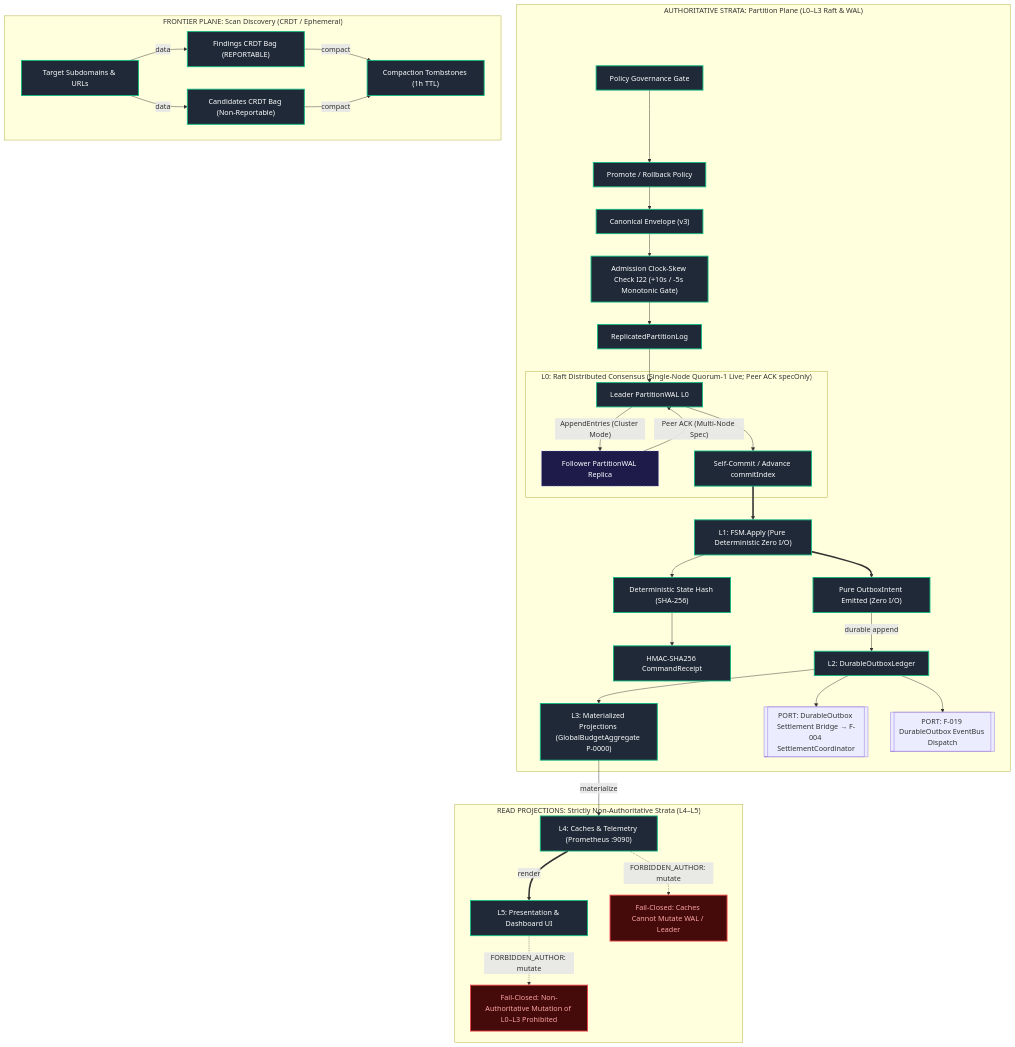
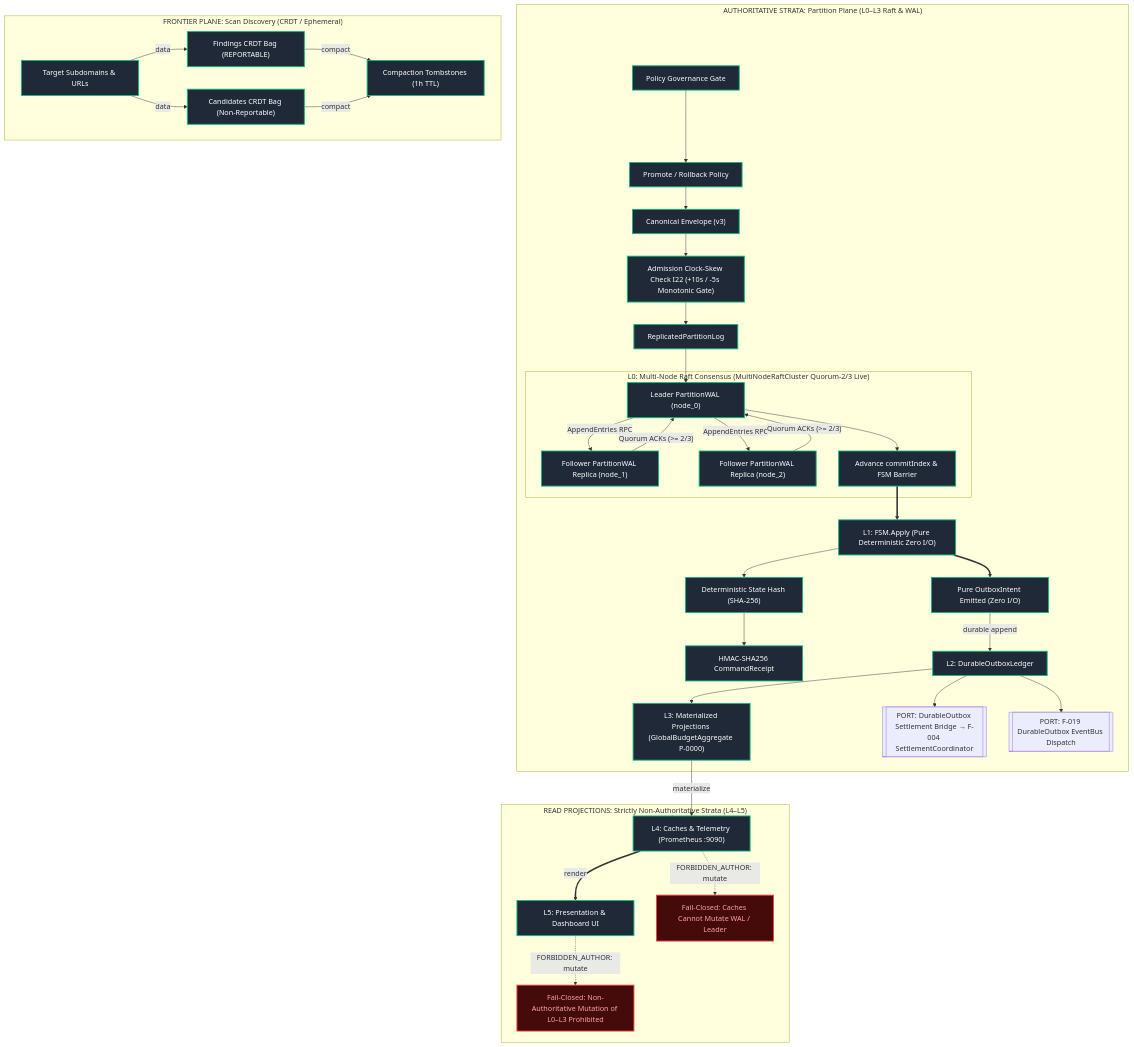
Before and after one commit to AviralGup7/Singularity-Zero: the fourth of 16 diagrams in docs/flowchart.md, drawn with Mermaid. The commit also changed other lines of this file and 2 other files, not shown here.

Commit message:
feat(raft): implement 3-node fault-tolerant MultiNodeRaftCluster with dynamic failover and quorum consensus

````diff
--- a/docs/flowchart.md
+++ b/docs/flowchart.md
@@ -228,53 +228,54 @@
 ```mermaid
 flowchart TD
     classDef impl fill:#1f2937,stroke:#10b981,stroke-width:2px,color:#fff;
     classDef singleNode fill:#1e293b,stroke:#0ea5e9,stroke-width:1px,stroke-dasharray:3 3,color:#fff;
     classDef library fill:#334155,stroke:#64748b,stroke-width:1px,color:#fff;
     classDef specOnly fill:#1e1b4b,stroke:#818cf8,stroke-width:1px,stroke-dasharray:4 4,color:#fff;
     classDef vacuous fill:#27272a,stroke:#71717a,stroke-width:1px,color:#a1a1aa;
     classDef forbidden fill:#450a0a,stroke:#ef4444,stroke-width:2px,color:#fca5a5;
 
     subgraph AuthoritativeStrata["AUTHORITATIVE STRATA: Partition Plane (L0–L3 Raft & WAL)"]
         Tuner["Policy Governance Gate"]:::impl --> Promo["Promote / Rollback Policy"]:::impl
         Promo --> EnvelopeIn["Canonical Envelope (v3)"]:::impl
         EnvelopeIn --> Admit["Admission Clock-Skew Check I22 (+10s / -5s Monotonic Gate)"]:::impl
         Admit --> Log["ReplicatedPartitionLog"]:::impl
         
-        subgraph L0_Consensus["L0: Raft Distributed Consensus (Single-Node Quorum-1 Live; Peer ACK specOnly)"]
-            Leader["Leader PartitionWAL L0"]:::impl
-            F1["Follower PartitionWAL Replica"]:::specOnly
-            Leader -->|"AppendEntries (Cluster Mode)"| F1
-            F1 -->|"Peer ACK (Multi-Node Spec)"| Leader
-            Leader --> Commit["Self-Commit / Advance commitIndex"]:::impl
+        subgraph L0_Consensus["L0: Multi-Node Raft Consensus (MultiNodeRaftCluster Quorum-2/3 Live)"]
+            Leader["Leader PartitionWAL (node_0)"]:::impl
+            F1["Follower PartitionWAL Replica (node_1)"]:::impl
+            F2["Follower PartitionWAL Replica (node_2)"]:::impl
+            Leader -->|"AppendEntries RPC"| F1 & F2
+            F1 & F2 -->|"Quorum ACKs (>= 2/3)"| Leader
+            Leader --> Commit["Advance commitIndex & FSM Barrier"]:::impl
         end
         Log --> Leader
         Commit ==> Apply["L1: FSM.Apply (Pure Deterministic Zero I/O)"]:::impl
         Apply --> StateHash["Deterministic State Hash (SHA-256)"]:::impl
         StateHash --> Receipt["HMAC-SHA256 CommandReceipt"]:::impl
         Apply ==> Intent["Pure OutboxIntent Emitted (Zero I/O)"]:::impl
         Intent -->|durable append| Outbox["L2: DurableOutboxLedger"]:::impl
         Outbox --> Proj["L3: Materialized Projections (GlobalBudgetAggregate P-0000)"]:::impl
         
         Outbox --> PORT_CRDT_BRIDGE[["PORT: DurableOutbox Settlement Bridge → F-004 SettlementCoordinator"]]
         Outbox --> PORT_F019_BUS[["PORT: F-019 DurableOutbox EventBus Dispatch"]]
     end
     
     subgraph FrontierPlane["FRONTIER PLANE: Scan Discovery (CRDT / Ephemeral)"]
         F_Targets["Target Subdomains & URLs"]:::impl
         F_Findings["Findings CRDT Bag (REPORTABLE)"]:::impl
         F_Candidates["Candidates CRDT Bag (Non-Reportable)"]:::impl
         F_Tombstones["Compaction Tombstones (1h TTL)"]:::impl
         F_Targets -->|data| F_Findings
         F_Targets -->|data| F_Candidates
         F_Findings -->|compact| F_Tombstones
         F_Candidates -->|compact| F_Tombstones
     end
     
     subgraph ReadProjections["READ PROJECTIONS: Strictly Non-Authoritative Strata (L4–L5)"]
         Proj -->|materialize| Cache["L4: Caches & Telemetry (Prometheus :9090)"]:::impl
         Cache ==>|render| UI["L5: Presentation & Dashboard UI"]:::impl
         
         UI -.->|"FORBIDDEN_AUTHOR: mutate"| ForbidL0["Fail-Closed: Non-Authoritative Mutation of L0–L3 Prohibited"]:::forbidden
         Cache -.->|"FORBIDDEN_AUTHOR: mutate"| ForbidWAL["Fail-Closed: Caches Cannot Mutate WAL / Leader"]:::forbidden
     end
 ```
````
